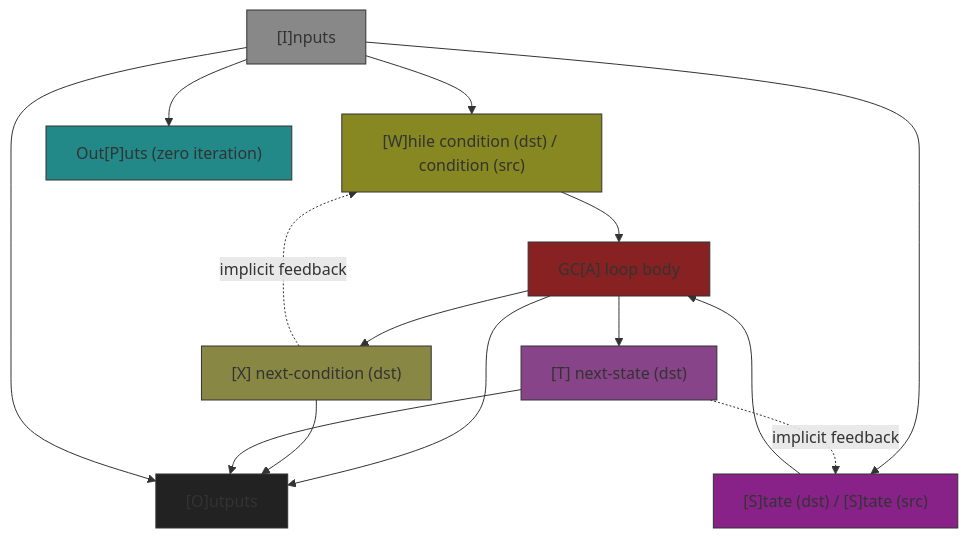
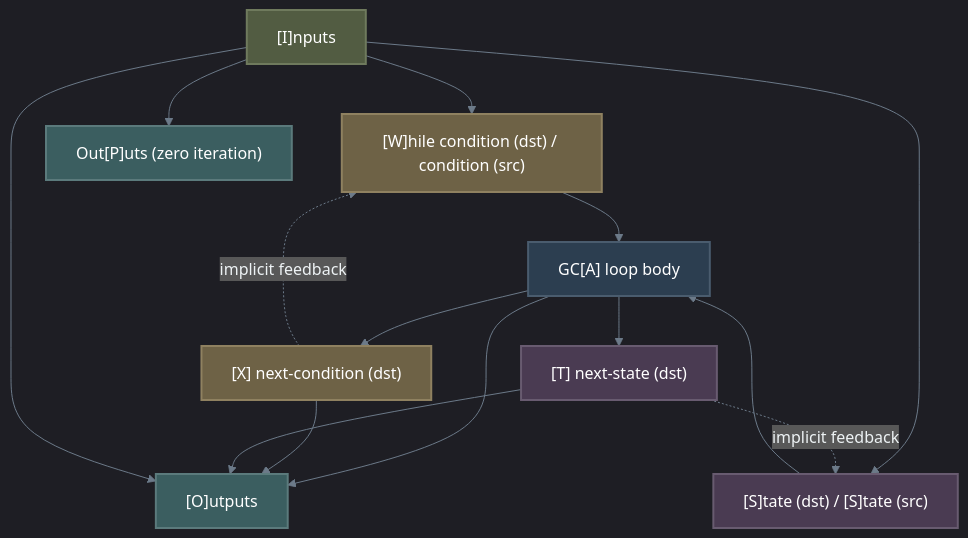
The fourth of 7 diagrams in docs/components/core/genetic_code/graph.md (Shapedsundew9/erasmus-gp), drawn with Mermaid before and after one commit. The commit also changed other lines of this file and 21 other files, not shown here.

First line of the commit message:
Enhance Mermaid Diagrams and Color Consistency Across Documentation

````diff
--- a/docs/components/core/genetic_code/graph.md
+++ b/docs/components/core/genetic_code/graph.md
@@ -258,43 +238,33 @@
 ```mermaid
-%% While-Loop GC
+%%{init: { 'theme': 'dark', 'themeVariables': { 'lineColor': '#6c7a89', 'textColor': '#edf2f4', 'mainBkg': '#2b2d42', 'primaryBorderColor': '#4a4e69' }}}%%
 flowchart TB
-    I["[I]nputs"]
-    W["[W]hile condition (dst) / condition (src)"]
-    X["[X] next-condition (dst)"]
-    S["[S]tate (dst) / [S]tate (src)"]
-    T["[T] next-state (dst)"]
-    A["GC[A] loop body"]
-    O["[O]utputs"]
-    P["Out[P]uts (zero iteration)"]
+    %% Base/Default (Dark Slate)
+    classDef default fill:#2b2d42,stroke:#4a4e69,stroke-width:2px,color:#edf2f4
+    classDef dataTeal fill:#3b5e60,stroke:#5b7a7c,stroke-width:2px,color:#ffffff
+    classDef dataGold fill:#6e6246,stroke:#8f8160,stroke-width:2px,color:#ffffff
+    classDef dataOlive fill:#525c42,stroke:#6f7a5d,stroke-width:2px,color:#ffffff
+    classDef dataNavy fill:#2c3e50,stroke:#4a5c6e,stroke-width:2px,color:#ffffff
+    classDef dataPlum fill:#4a3b52,stroke:#685b70,stroke-width:2px,color:#ffffff
+
+    I["[I]nputs"]:::dataOlive
+    W["[W]hile condition (dst) / condition (src)"]:::dataGold
+    X["[X] next-condition (dst)"]:::dataGold
+    S["[S]tate (dst) / [S]tate (src)"]:::dataPlum
+    T["[T] next-state (dst)"]:::dataPlum
+    A["GC[A] loop body"]:::dataNavy
+    O["[O]utputs"]:::dataTeal
+    P["Out[P]uts (zero iteration)"]:::dataTeal
     I --> W
     I --> S
     W --> A
     S --> A
     A --> X
     A --> T
     A --> O
     X --> O
     T --> O
     X -.->|implicit feedback| W
     T -.->|implicit feedback| S
     I --> O
     I --> P
-    
-classDef Icd fill:#888888,stroke:#333,stroke-width:1px
-classDef Wcd fill:#888822,stroke:#333,stroke-width:1px
-classDef Xcd fill:#888844,stroke:#333,stroke-width:1px
-classDef Scd fill:#882288,stroke:#333,stroke-width:1px
-classDef Tcd fill:#884488,stroke:#333,stroke-width:1px
-classDef Acd fill:#882222,stroke:#333,stroke-width:1px
-classDef Ocd fill:#222222,stroke:#333,stroke-width:1px
-classDef Pcd fill:#228888,stroke:#333,stroke-width:1px
-
-class I Icd
-class W Wcd
-class X Xcd
-class S Scd
-class T Tcd
-class A Acd
-class O Ocd
-class P Pcd
 ```
````
